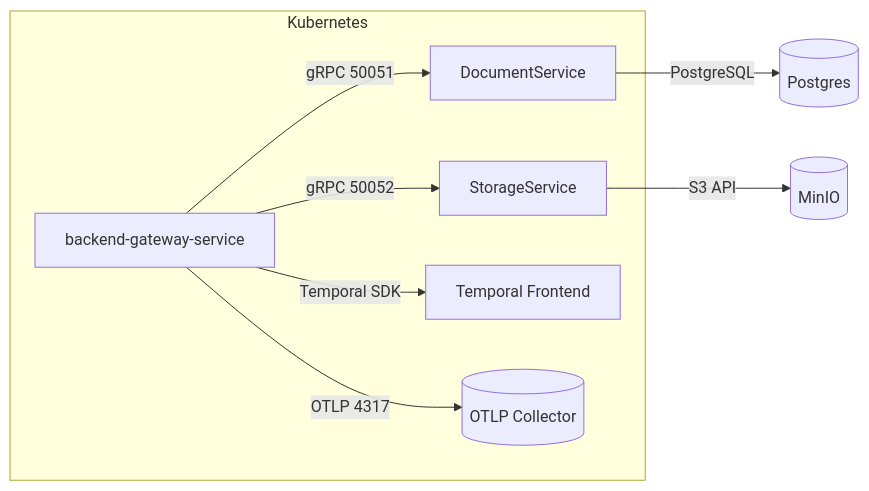
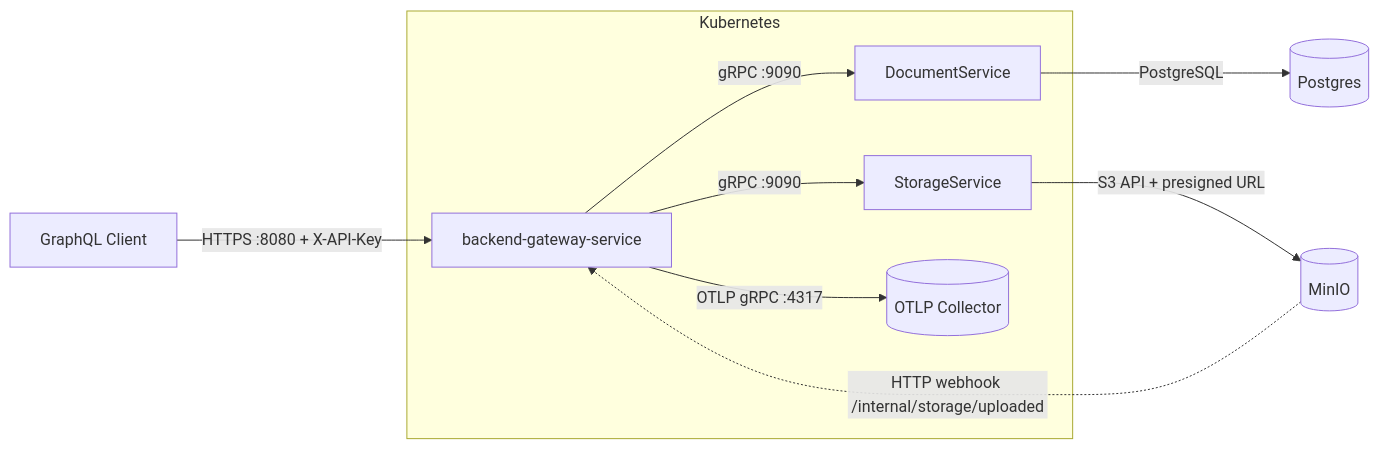
Before and after one commit to FedorovTeam/mono-repo: the diagram in backend/gateway-service/infrastructure.md, drawn with Mermaid. The commit also changed other lines of this file, not shown here.

Commit message:
Update gateway infrastructure docs

````diff
--- a/backend/gateway-service/infrastructure.md
+++ b/backend/gateway-service/infrastructure.md
@@ -3,12 +3,14 @@
 ```mermaid
 flowchart LR
+    Client[GraphQL Client] -->|HTTPS :8080 + X-API-Key| Gateway[backend-gateway-service]
+
     subgraph Kubernetes
-      Gateway[backend-gateway-service] -->|gRPC 50051| DocumentService
-      Gateway -->|gRPC 50052| StorageService
-      Gateway -->|Temporal SDK| Temporal[Temporal Frontend]
-      Gateway -->|OTLP 4317| OTelCollector[(OTLP Collector)]
+      Gateway -->|gRPC :9090| DocumentService
+      Gateway -->|gRPC :9090| StorageService
+      Gateway -->|OTLP gRPC :4317| OTelCollector[(OTLP Collector)]
     end
 
     DocumentService -->|PostgreSQL| DB[(Postgres)]
-    StorageService -->|S3 API| MinIO[(MinIO)]
+    StorageService -->|S3 API + presigned URL| MinIO[(MinIO)]
+    MinIO -.->|HTTP webhook /internal/storage/uploaded| Gateway
 ```
````
